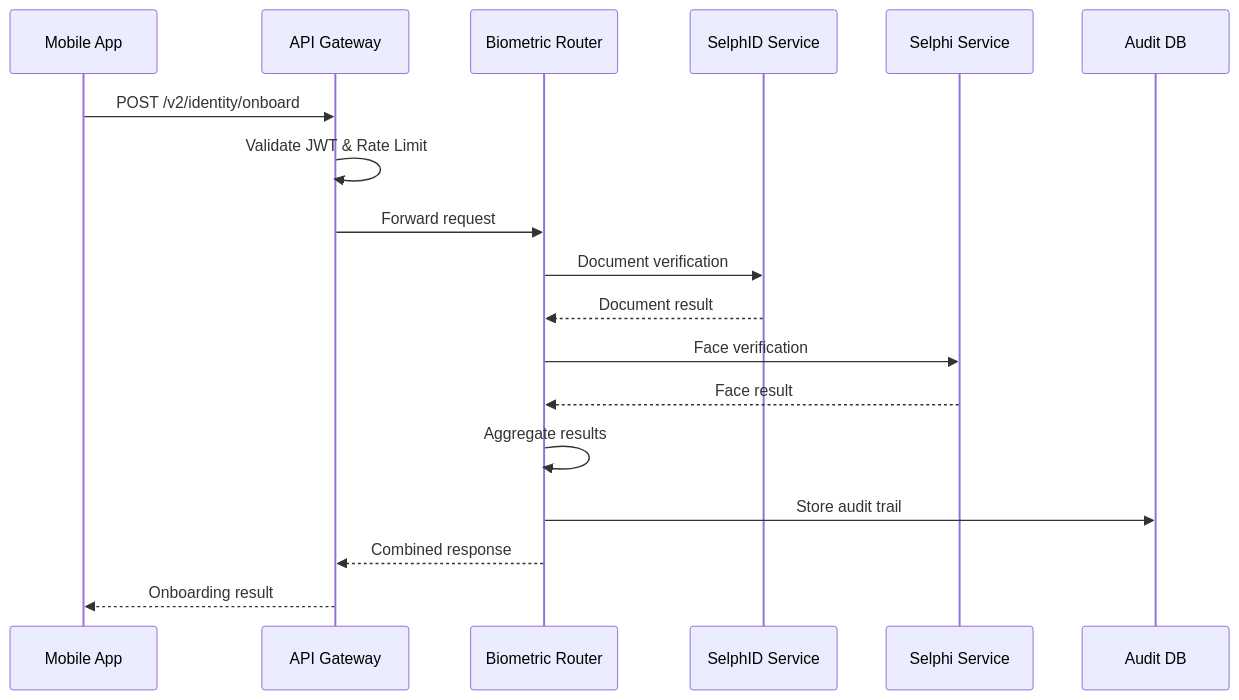
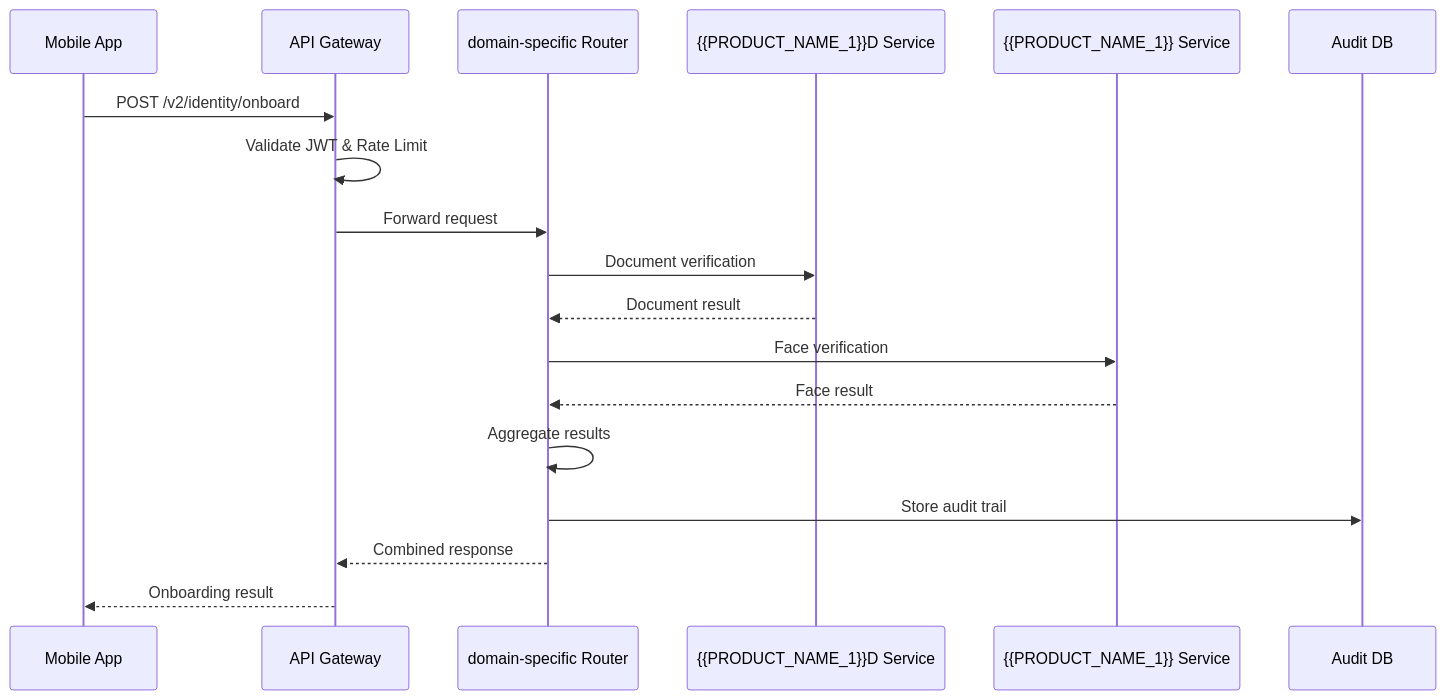
One commit to LIDR-IT/ai-assisted-workflow changed the first of 2 diagrams in .agents/skills/lidr-architecture-doc/examples/domains/biometric/platform-api-gateway.md. Above: the diagram before and after it, drawn with Mermaid. The commit also changed other lines of this file and 1268 other files, not shown here.

````diff
--- a/.agents/skills/lidr-architecture-doc/examples/domains/biometric/platform-api-gateway.md
+++ b/.agents/skills/lidr-architecture-doc/examples/domains/biometric/platform-api-gateway.md
@@ -202,24 +206,24 @@
 ```mermaid
 sequenceDiagram
     participant Client as Mobile App
     participant Gateway as API Gateway
-    participant Router as Biometric Router
-    participant SelphID as SelphID Service
-    participant Selphi as Selphi Service
+    participant Router as domain-specific Router
+    participant {{PRODUCT_NAME_1}}D as {{PRODUCT_NAME_1}}D Service
+    participant {{PRODUCT_NAME_1}} as {{PRODUCT_NAME_1}} Service
     participant DB as Audit DB
 
     Client->>Gateway: POST /v2/identity/onboard
     Gateway->>Gateway: Validate JWT & Rate Limit
     Gateway->>Router: Forward request
 
-    Router->>SelphID: Document verification
-    SelphID-->>Router: Document result
+    Router->>{{PRODUCT_NAME_1}}D: Document verification
+    {{PRODUCT_NAME_1}}D-->>Router: Document result
 
-    Router->>Selphi: Face verification
-    Selphi-->>Router: Face result
+    Router->>{{PRODUCT_NAME_1}}: Face verification
+    {{PRODUCT_NAME_1}}-->>Router: Face result
 
     Router->>Router: Aggregate results
     Router->>DB: Store audit trail
     Router-->>Gateway: Combined response
     Gateway-->>Client: Onboarding result
 ```
````
